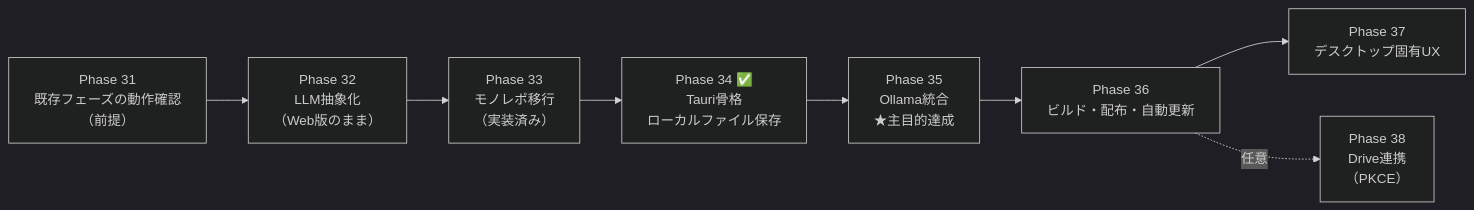
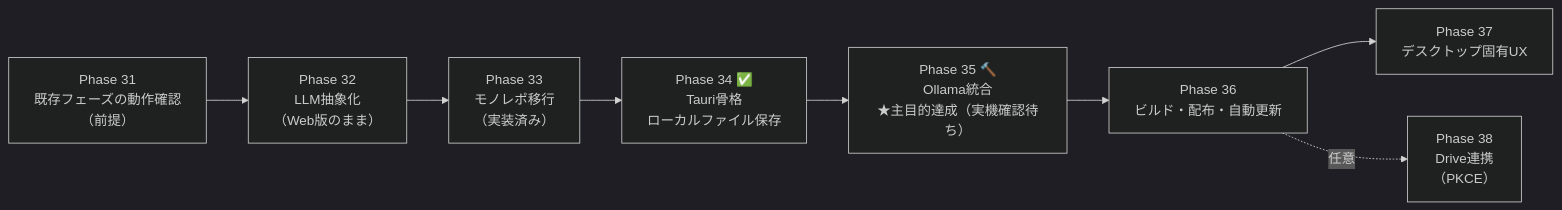
Before and after one commit to mayamaura/ai-idea-map: the diagram in docs/desktop/README.md, drawn with Mermaid (dark theme). The commit also changed other lines of this file and 21 other files, not shown here.

````diff
--- a/docs/desktop/README.md
+++ b/docs/desktop/README.md
@@ -126,10 +144,10 @@
 ```mermaid
 graph LR
     P31["Phase 31<br/>既存フェーズの動作確認<br/>（前提）"] --> P32["Phase 32<br/>LLM抽象化<br/>（Web版のまま）"]
     P32 --> P33["Phase 33<br/>モノレポ移行<br/>（実装済み）"]
     P33 --> P34["Phase 34 ✅<br/>Tauri骨格<br/>ローカルファイル保存"]
-    P34 --> P35["Phase 35<br/>Ollama統合<br/>★主目的達成"]
+    P34 --> P35["Phase 35 🔨<br/>Ollama統合<br/>★主目的達成（実機確認待ち）"]
     P35 --> P36["Phase 36<br/>ビルド・配布・自動更新"]
     P36 --> P37["Phase 37<br/>デスクトップ固有UX"]
     P36 -.任意.-> P38["Phase 38<br/>Drive連携<br/>（PKCE）"]
 ```
````
